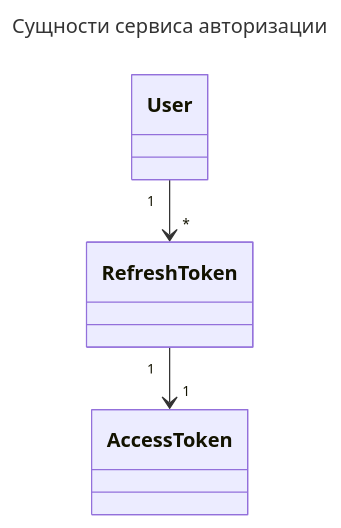
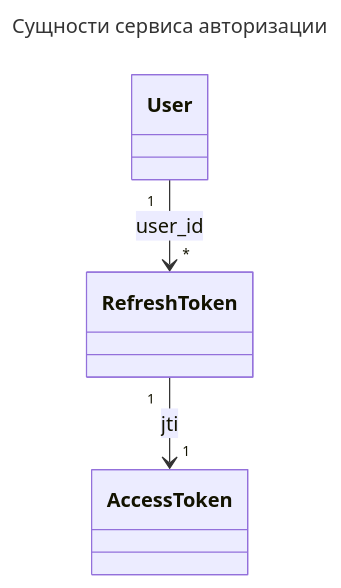
Before and after one commit to Dbl4/Auth_sprint_1: the diagram in documentation/auth-api/README.md, drawn with Mermaid. The commit also changed other lines of this file and 2 other files, not shown here.

Commit message:
Minor improvements

````diff
--- a/documentation/auth-api/README.md
+++ b/documentation/auth-api/README.md
@@ -45,13 +47,13 @@
 ```mermaid
 ---
 title: Сущности сервиса авторизации
 ---
 classDiagram
 
 class User
 class RefreshToken
 class AccessToken
 
-User "1" --> "*" RefreshToken
-RefreshToken "1" --> "1" AccessToken
+User "1" --> "*" RefreshToken : user_id
+RefreshToken "1" --> "1" AccessToken : jti
 ```
````
